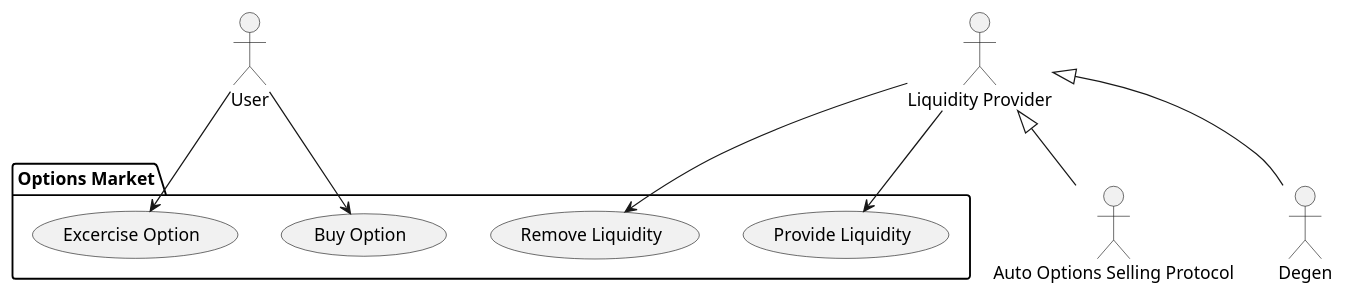
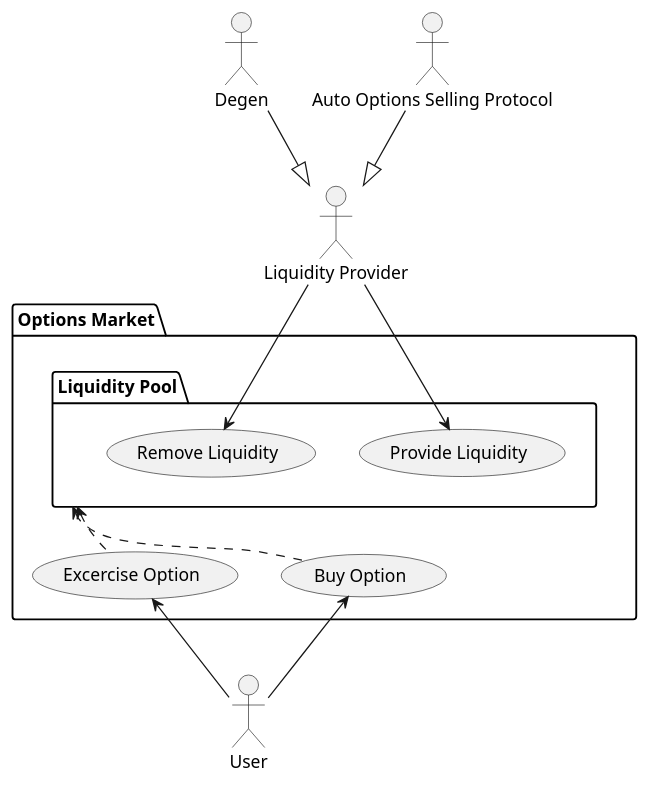
The diagram in defi/options-market/concept/use-cases.puml (radixdlt/community-scrypto-examples), drawn with PlantUML before and after one commit.

Commit message:
Added pool package and improved structure

```diff
--- a/defi/options-market/concept/use-cases.puml
+++ b/defi/options-market/concept/use-cases.puml
@@ -1,24 +1,29 @@
 @startuml Use Cases
 
 actor User as U
 actor "Liquidity Provider" as LP
 
 actor "Auto Options Selling Protocol" as Prot
 actor "Degen" as D
 
-LP <|-- Prot
-LP <|-- D
+LP <|-up- Prot
+LP <|-up- D
 
 package "Options Market" {
     usecase "Buy Option" as BO
     usecase "Excercise Option" as EO
-    usecase "Provide Liquidity" as PL
-    usecase "Remove Liquidity" as RL
+    package "Liquidity Pool" as Pool {
+        usecase "Provide Liquidity" as PL
+        usecase "Remove Liquidity" as RL
+    }
+
+    BO .up.> Pool
+    EO .up.> Pool
 }
 
-U --> BO
-U --> EO
-LP --> PL
-LP --> RL
+U -up-> BO
+U -up-> EO
+LP -down-> PL
+LP -down-> RL
 
 @enduml
```
